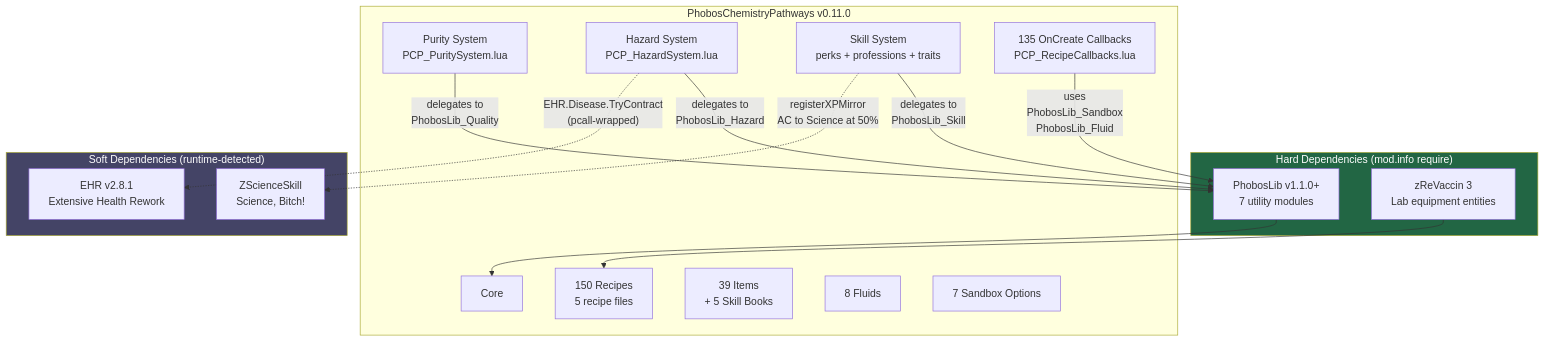
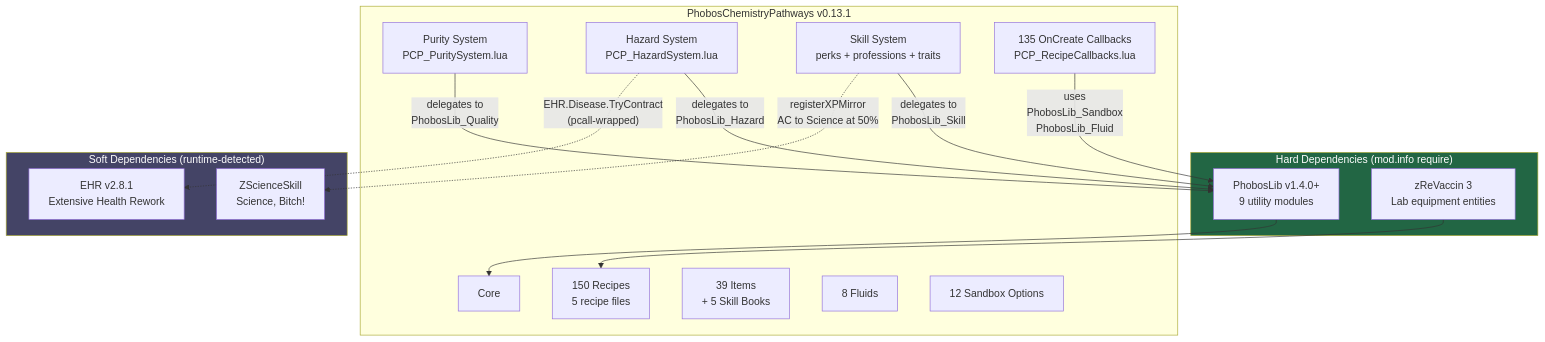
One commit to phobos-dthorga/mod-pz-chemistry-pathways changed the first of 5 diagrams in docs/diagrams/architecture.md. Above: the diagram before and after it, drawn with Mermaid. The commit also changed other lines of this file and 3 other files, not shown here.

````diff
--- a/docs/diagrams/architecture.md
+++ b/docs/diagrams/architecture.md
@@ -7,38 +7,38 @@
 ```mermaid
 graph TB
     subgraph HARD["Hard Dependencies (mod.info require)"]
-        PL["PhobosLib v1.1.0+<br/>7 utility modules"]
+        PL["PhobosLib v1.4.0+<br/>9 utility modules"]
         ZR["zReVaccin 3<br/>Lab equipment entities"]
     end
 
-    subgraph PCP["PhobosChemistryPathways v0.11.0"]
+    subgraph PCP["PhobosChemistryPathways v0.13.1"]
         CORE["Core"]
         REC["150 Recipes<br/>5 recipe files"]
         ITEMS["39 Items<br/>+ 5 Skill Books"]
         FLUIDS["8 Fluids"]
-        SB["7 Sandbox Options"]
+        SB["12 Sandbox Options"]
         PURITY["Purity System<br/>PCP_PuritySystem.lua"]
         HAZARD["Hazard System<br/>PCP_HazardSystem.lua"]
         SKILL["Skill System<br/>perks + professions + traits"]
         CALLBACKS["135 OnCreate Callbacks<br/>PCP_RecipeCallbacks.lua"]
     end
 
     subgraph SOFT["Soft Dependencies (runtime-detected)"]
         ZSS["ZScienceSkill<br/>Science, Bitch!"]
         EHR["EHR v2.8.1<br/>Extensive Health Rework"]
     end
 
     PL --> CORE
     ZR --> REC
 
     PURITY -->|"delegates to<br/>PhobosLib_Quality"| PL
     HAZARD -->|"delegates to<br/>PhobosLib_Hazard"| PL
     SKILL -->|"delegates to<br/>PhobosLib_Skill"| PL
     CALLBACKS -->|"uses<br/>PhobosLib_Sandbox<br/>PhobosLib_Fluid"| PL
 
     HAZARD -.->|"EHR.Disease.TryContract<br/>(pcall-wrapped)"| EHR
     SKILL -.->|"registerXPMirror<br/>AC to Science at 50%"| ZSS
 
     style HARD fill:#264,color:#fff
     style SOFT fill:#446,color:#fff
 ```
````
